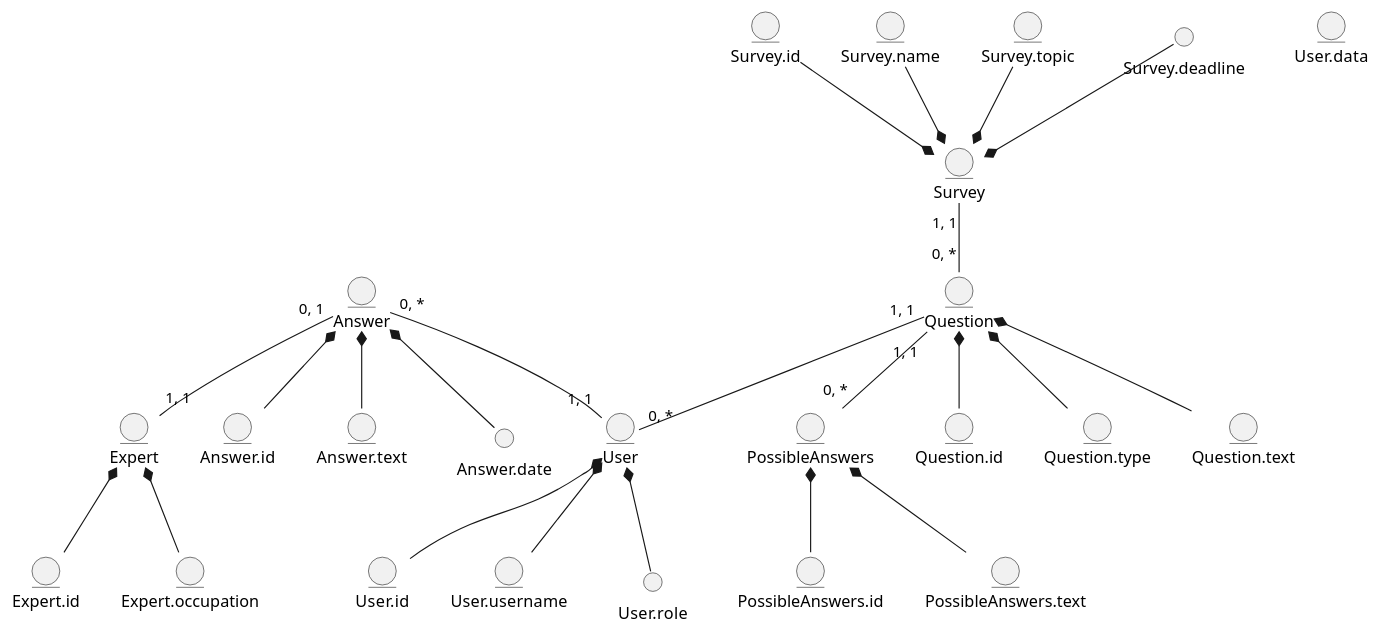
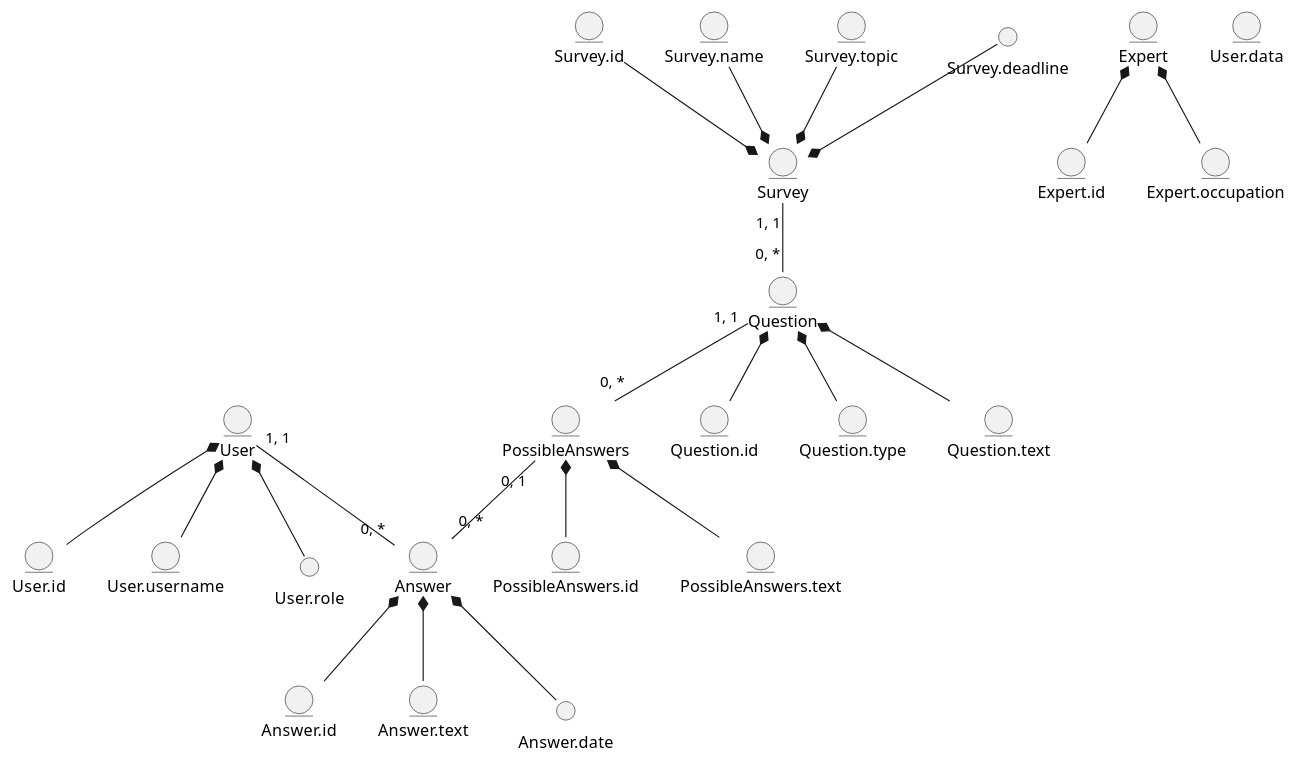
Before and after one commit to NothingIsMatter/database_basics_template: the diagram in src/uml/BE_model.puml, drawn with PlantUML. The commit also changed 1 other file, not shown here.

```diff
--- a/src/uml/BE_model.puml
+++ b/src/uml/BE_model.puml
@@ -1,61 +1,61 @@
 @startuml
 entity User
   entity User.id
   entity User.username
   entity User.data
 
   entity Expert
   entity Expert.id
   entity Expert.occupation
 
 
   entity Survey
   entity Survey.id
   entity Survey.name
   entity Survey.topic
 
   entity Question
   entity Question.id
   entity Question.type
   entity Question.text
 
   entity Answer
   entity Answer.id
   entity Answer.text
 
   entity PossibleAnswers
   entity PossibleAnswers.id
   entity PossibleAnswers.text
 
 
 
   User.id -u-* User
   User.username -u-* User
   User.role -u-* User
 
   Expert.id -u-* Expert
   Expert.occupation -u-* Expert
 
 
   Question "0, *" -u- "1, 1" Survey
-  Expert "1, 1" -u- "0, 1" Answer
-  User "0, *" -u- "1, 1" Question
-  Answer "0, *" -d- "1, 1" User
+  Answer "0, *" -u- "0, 1" PossibleAnswers
+  Answer "0, *" -u- "1, 1" User
   PossibleAnswers "0, *" -u- "1, 1" Question
+
 
   Survey.id -d-* Survey
   Survey.name -d-* Survey
   Survey.topic -d-* Survey
   Survey.deadline -d-* Survey
 
   Question.id -u-* Question
   Question.type -u-* Question
   Question.text -u-* Question
 
   Answer.id -u-* Answer
   Answer.date -u-* Answer
   Answer.text -u-* Answer
 
   PossibleAnswers.id -u-* PossibleAnswers
   PossibleAnswers.text -u-* PossibleAnswers
 @enduml
```
